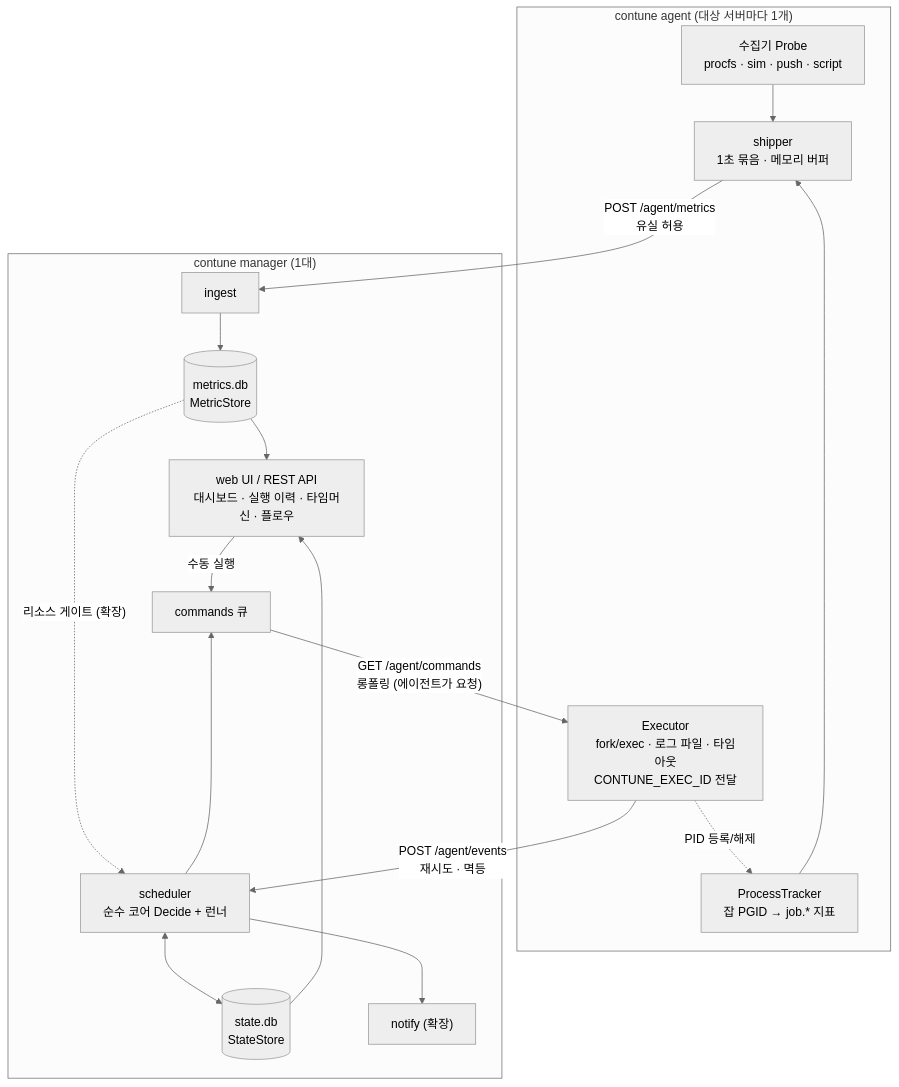
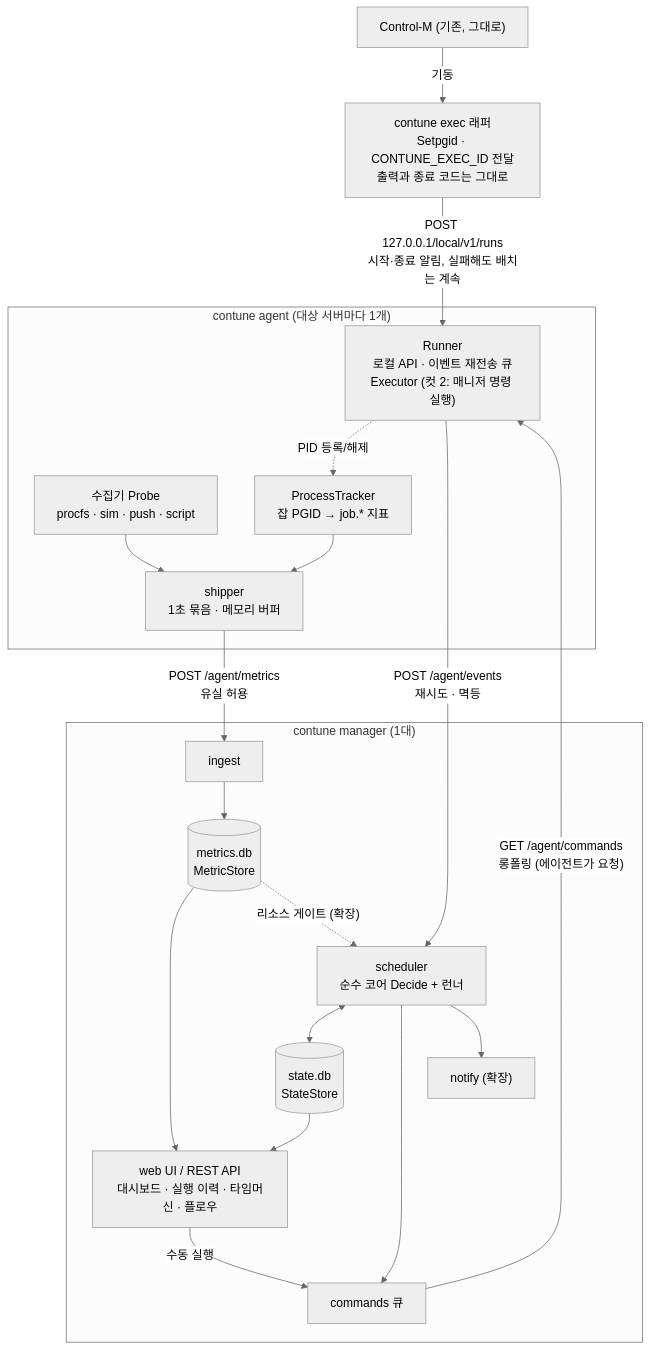
The first of 3 diagrams in docs/02-mvp-architecture.md (bulletgirls/contune), drawn with Mermaid (neutral theme) before and after one commit. The commit also changed other lines of this file and 3 other files, not shown here.

````diff
--- a/docs/02-mvp-architecture.md
+++ b/docs/02-mvp-architecture.md
@@ -50,32 +52,34 @@
 ```mermaid
 flowchart TB
+  CM["Control-M (기존, 그대로)"] -- "기동" --> X["contune exec 래퍼<br/>Setpgid · CONTUNE_EXEC_ID 전달<br/>출력과 종료 코드는 그대로"]
   subgraph AG["contune agent (대상 서버마다 1개)"]
     P["수집기 Probe<br/>procfs · sim · push · script"]
     T["ProcessTracker<br/>잡 PGID → job.* 지표"]
     S["shipper<br/>1초 묶음 · 메모리 버퍼"]
-    E["Executor<br/>fork/exec · 로그 파일 · 타임아웃<br/>CONTUNE_EXEC_ID 전달"]
+    E["Runner<br/>로컬 API · 이벤트 재전송 큐<br/>Executor (컷 2: 매니저 명령 실행)"]
     P --> S
     T --> S
     E -.->|PID 등록/해제| T
   end
+  X -- "POST 127.0.0.1/local/v1/runs<br/>시작·종료 알림, 실패해도 배치는 계속" --> E
   subgraph MG["contune manager (1대)"]
     I["ingest"]
     MS[("metrics.db<br/>MetricStore")]
     SS[("state.db<br/>StateStore")]
     SC["scheduler<br/>순수 코어 Decide + 런너"]
     Q["commands 큐"]
     W["web UI / REST API<br/>대시보드 · 실행 이력 · 타임머신 · 플로우"]
     N["notify (확장)"]
     I --> MS
     MS --> W
     SS --> W
     MS -.->|"리소스 게이트 (확장)"| SC
     SC <--> SS
     SC --> Q
     SC --> N
     W -- "수동 실행" --> Q
   end
   S -- "POST /agent/metrics<br/>유실 허용" --> I
   E -- "POST /agent/events<br/>재시도 · 멱등" --> SC
   Q -- "GET /agent/commands<br/>롱폴링 (에이전트가 요청)" --> E
 ```
````
